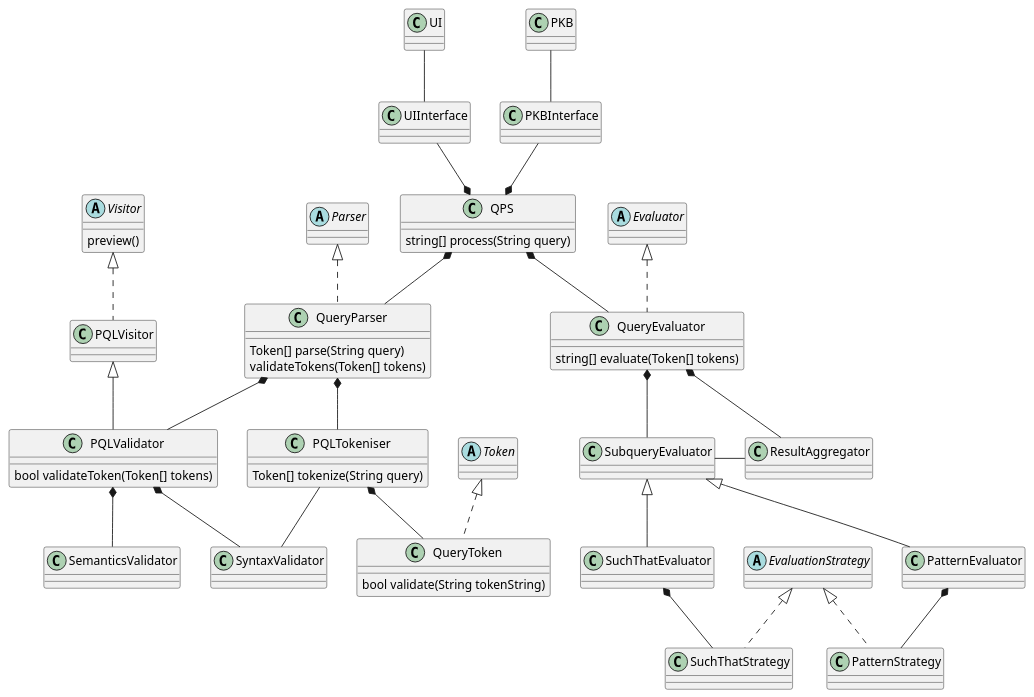
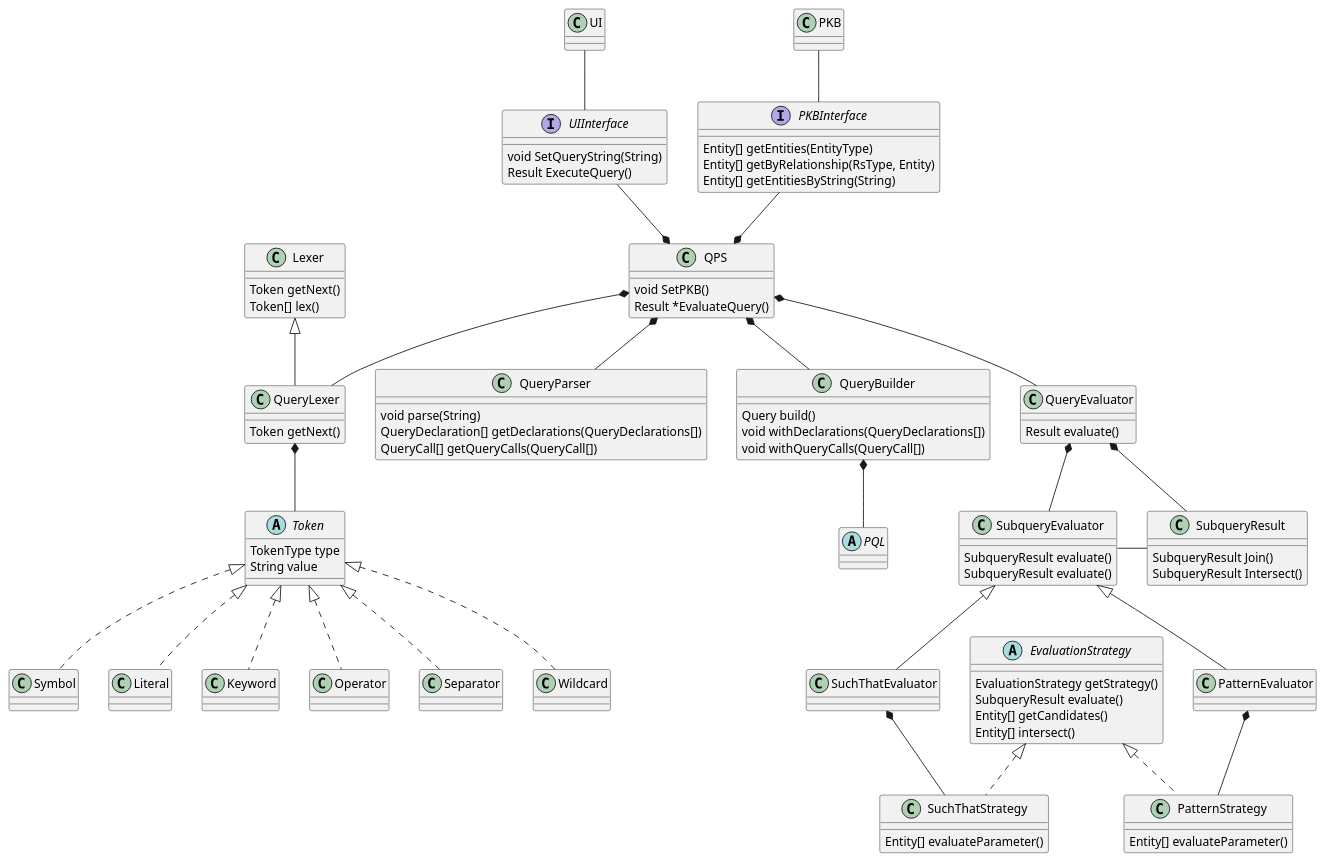
One commit to mazx4960/static-analyzer changed the diagram in docs/diagrams/QPSClassDiagram.puml. Above: the diagram before and after it, drawn with PlantUML. The commit also changed 2 other files, not shown here.

Commit message:
docs: update QPS diagrams

```diff
--- a/docs/diagrams/QPSClassDiagram.puml
+++ b/docs/diagrams/QPSClassDiagram.puml
@@ -1,88 +1,123 @@
 @startuml
 
-abstract class  "Parser" {
+abstract class  "Token" {
+    TokenType type
+    String value
 }
 
-abstract class  "Token" {}
+class Symbol
+class Literal
+class Keyword
+class Operator
+class Separator
+class Wildcard
 
-abstract class  "Visitor" {
-	preview()
-}
-
-abstract class  "Evaluator" {
+abstract class  "PQL" {
 }
 
 abstract class "EvaluationStrategy" {
+    EvaluationStrategy getStrategy()
+    SubqueryResult evaluate()
+    Entity[] getCandidates()
+    Entity[] intersect()
 }
 
-class UIInterface {
+class "SuchThatStrategy" {
+    Entity[] evaluateParameter()
+}
+class "PatternStrategy" {
+    Entity[] evaluateParameter()
 }
 
-class PKBInterface {
+interface UIInterface {
+    void SetQueryString(String)
+    Result ExecuteQuery()
+}
+
+interface PKBInterface {
+    Entity[] getEntities(EntityType)
+    Entity[] getByRelationship(RsType, Entity)
+    Entity[] getEntitiesByString(String)
 }
 
 class QPS {
-	string[] process(String query)
+    void SetPKB()
+	Result *EvaluateQuery()
 }
 
 class QueryParser {
-	Token[] parse(String query)
-	validateTokens(Token[] tokens)
+
+	void parse(String)
+	QueryDeclaration[] getDeclarations(QueryDeclarations[])
+	QueryCall[] getQueryCalls(QueryCall[])
 }
 
-class PQLTokeniser {
-	Token[] tokenize(String query)
+class QueryBuilder {
+	Query build()
+	void withDeclarations(QueryDeclarations[])
+	void withQueryCalls(QueryCall[])
 }
 
-class QueryToken {
-    bool validate(String tokenString)
+class Lexer {
+	Token getNext()
+    Token[] lex()
 }
 
-class PQLValidator {
-	bool validateToken(Token[] tokens)
+class QueryLexer {
+	Token getNext()
 }
 
 class QueryEvaluator {
-	string[] evaluate(Token[] tokens)
+	Result evaluate()
 }
 
-Evaluator <|.down. QueryEvaluator
+class SubqueryEvaluator {
+	SubqueryResult evaluate()
+}
 
-Parser <|.down. QueryParser
+class SubqueryEvaluator {
+	SubqueryResult evaluate()
+}
 
-Token <|.down. QueryToken
+class SubqueryResult {
+	SubqueryResult Join()
+	SubqueryResult Intersect()
+}
 
-Visitor <|.down. PQLVisitor
-PQLVisitor <|-down- PQLValidator
+Token <|.down. Symbol
+Token <|.down. Literal
+Token <|.down. Keyword
+Token <|.down. Operator
+Token <|.down. Separator
+Token <|.down. Wildcard
+
 
 UI -down- UIInterface
 PKB -down- PKBInterface
 
 QPS *-up- UIInterface
 QPS *-up- PKBInterface
+QPS *-down- QueryLexer
 QPS *-down- QueryParser
 QPS *-down- QueryEvaluator
+QPS *-down- QueryBuilder
 
-QueryParser *-down- PQLTokeniser
-QueryParser *-down- PQLValidator
+Lexer <|-down- QueryLexer
 
-PQLTokeniser *-down- QueryToken
-PQLTokeniser -down- SyntaxValidator
+QueryLexer *-down- Token
 
-PQLValidator *-down- SyntaxValidator
-PQLValidator *-down- SemanticsValidator
+QueryBuilder *-down- PQL
 
 QueryEvaluator *-down- SubqueryEvaluator
-QueryEvaluator *-down- ResultAggregator
+QueryEvaluator *-down- SubqueryResult
 
 EvaluationStrategy <|.down. SuchThatStrategy
 EvaluationStrategy <|.down.PatternStrategy
 
 SuchThatEvaluator *-down- SuchThatStrategy
 PatternEvaluator *-down- PatternStrategy
 
 SubqueryEvaluator <|-down- SuchThatEvaluator
 SubqueryEvaluator <|-down- PatternEvaluator
-SubqueryEvaluator -right- ResultAggregator
-
+SubqueryEvaluator -right- SubqueryResult
 @enduml
```
